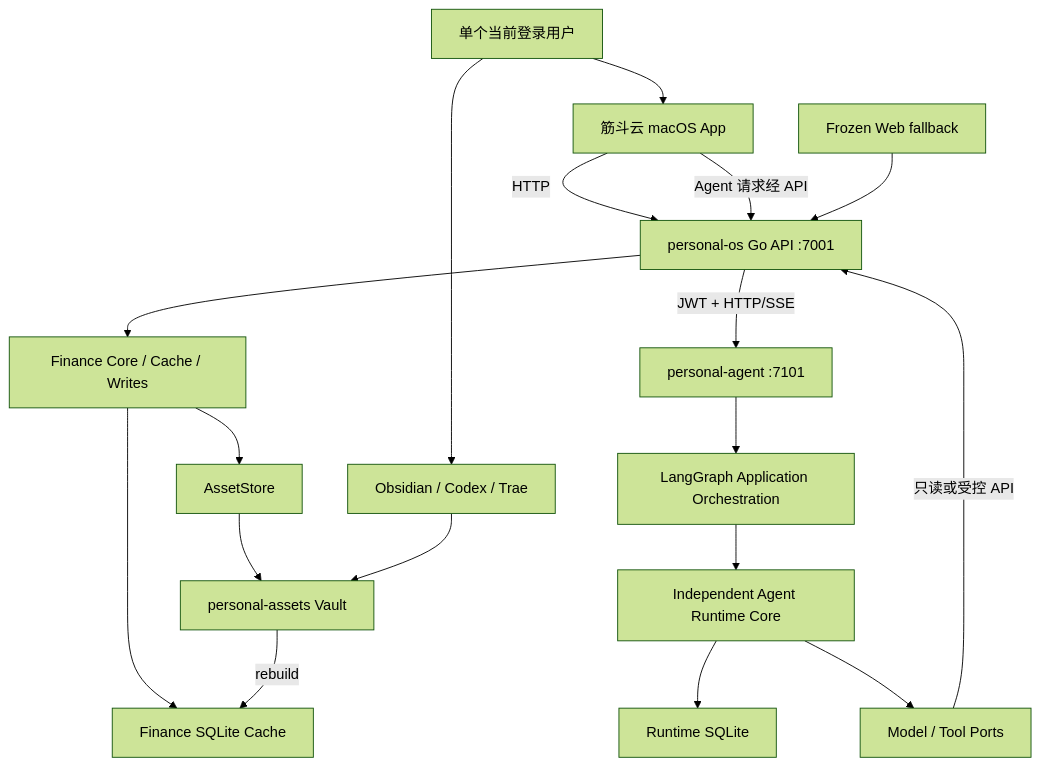
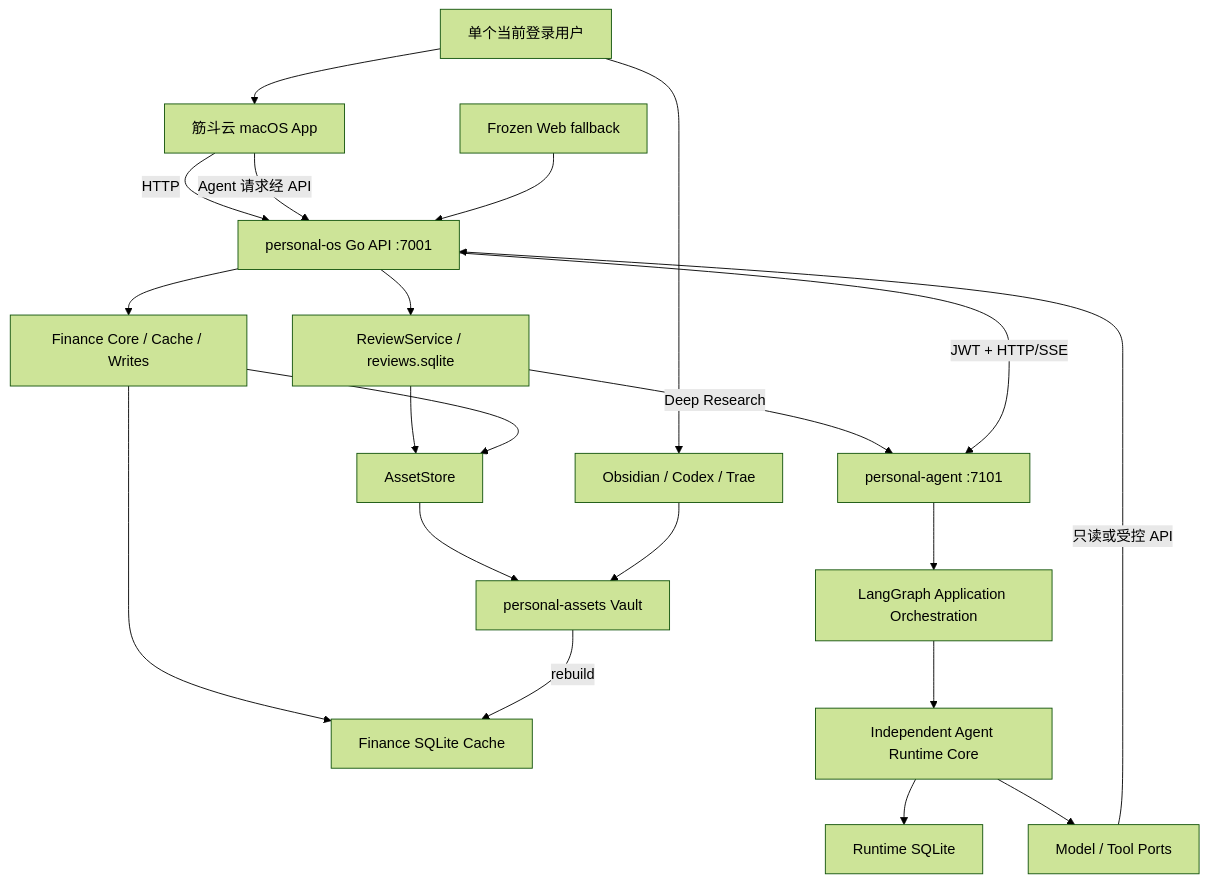
The diagram in docs/personal-system-design.md (walker-qiang/personal-system), drawn with Mermaid (forest theme) before and after one commit. The commit also changed other lines of this file and 6 other files, not shown here.

First line of the commit message:
chore(workspace): align architecture boundaries and project governance

````diff
--- a/docs/personal-system-design.md
+++ b/docs/personal-system-design.md
@@ -184,24 +186,27 @@
 ```mermaid
 flowchart TD
     U["单个当前登录用户"] --> MAC["筋斗云 macOS App"]
     U --> OBS["Obsidian / Codex / Trae"]
 
     MAC -->|"HTTP"| API["personal-os Go API :7001"]
     MAC -->|"Agent 请求经 API"| API
     WEB["Frozen Web fallback"] --> API
 
     API --> FC["Finance Core / Cache / Writes"]
+    API --> REVIEW["ReviewService / reviews.sqlite"]
+    REVIEW -->|"Deep Research"| AGENT
+    REVIEW --> AS
     FC --> FDB["Finance SQLite Cache"]
     FC --> AS["AssetStore"]
     AS --> VAULT["personal-assets Vault"]
 
     API -->|"JWT + HTTP/SSE"| AGENT["personal-agent :7101"]
     AGENT --> LG["LangGraph Application Orchestration"]
     LG --> RT["Independent Agent Runtime Core"]
     RT --> RS["Runtime SQLite"]
     RT --> TOOLS["Model / Tool Ports"]
     TOOLS -->|"只读或受控 API"| API
 
     OBS --> VAULT
     VAULT -->|"rebuild"| FDB
 ```
````
